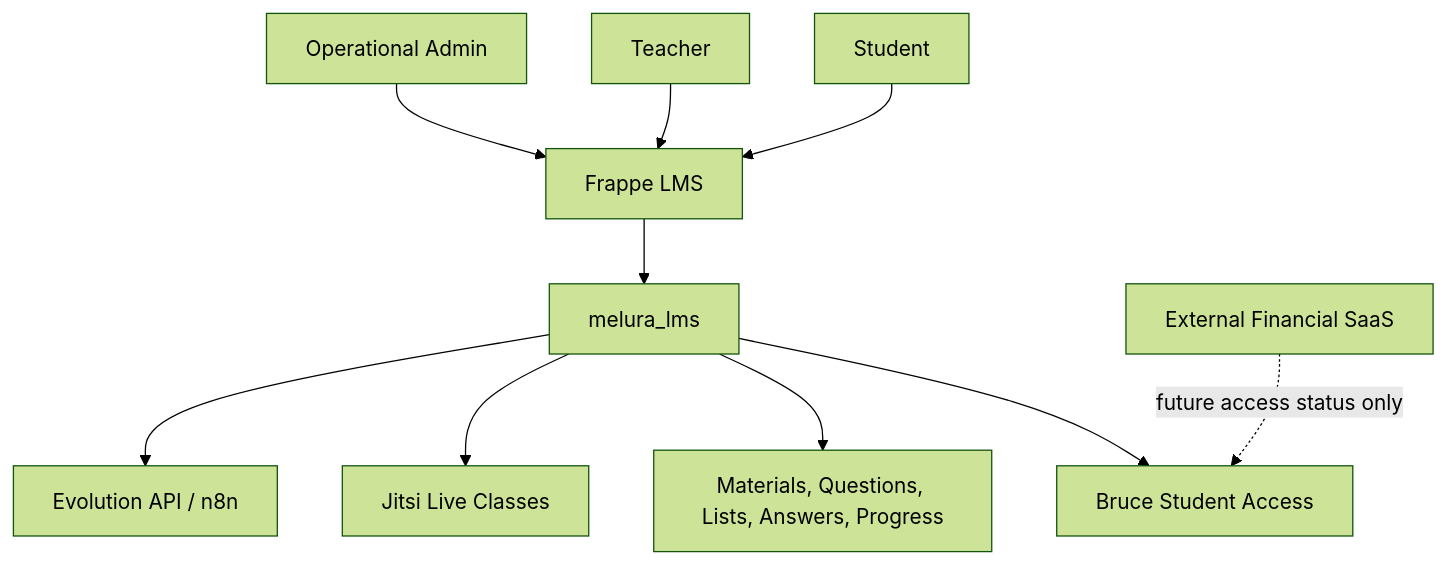
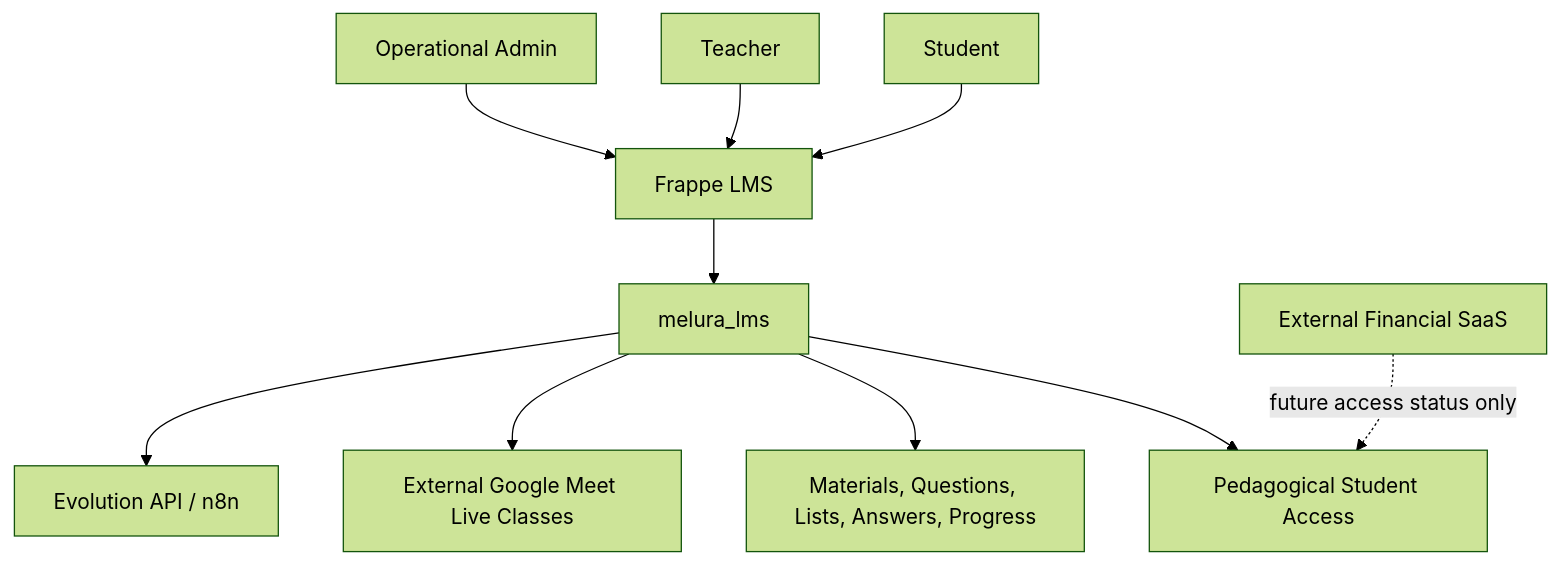
One commit to estevao98/melura-lms changed the diagram in ARCHITECTURE.md. Above: the diagram before and after it, drawn with Mermaid (forest theme). The commit also changed other lines of this file and 69 other files, not shown here.

Commit message:
feat: add google meet automatic live flow

````diff
--- a/ARCHITECTURE.md
+++ b/ARCHITECTURE.md
@@ -30,12 +30,12 @@
 ```mermaid
 flowchart TD
   Student[Student] --> LMS[Frappe LMS]
   Teacher[Teacher] --> LMS
   Admin[Operational Admin] --> LMS
   LMS --> CustomApp[melura_lms]
-  CustomApp --> Access[Bruce Student Access]
+  CustomApp --> Access[Pedagogical Student Access]
   CustomApp --> Content[Materials, Questions, Lists, Answers, Progress]
-  CustomApp --> Jitsi[Jitsi Live Classes]
+  CustomApp --> GoogleMeet[External Google Meet Live Classes]
   CustomApp --> WhatsApp[Evolution API / n8n]
   ExternalSaaS[External Financial SaaS] -. future access status only .-> Access
 ```
````
